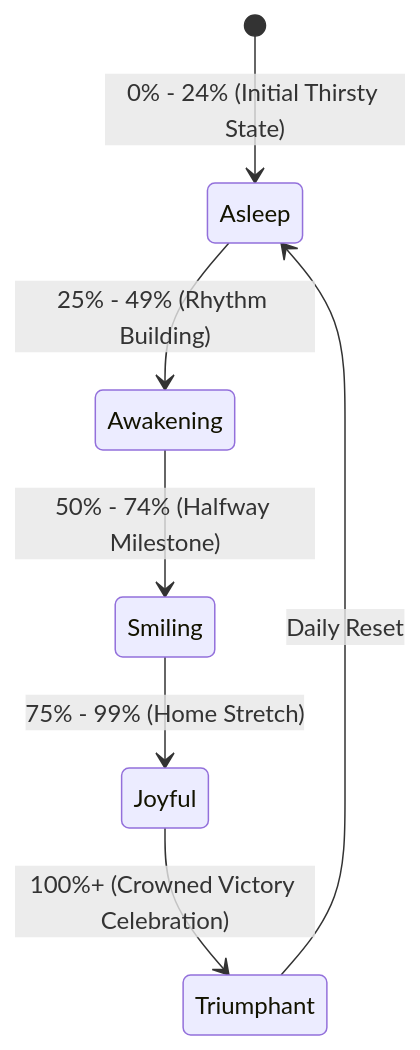
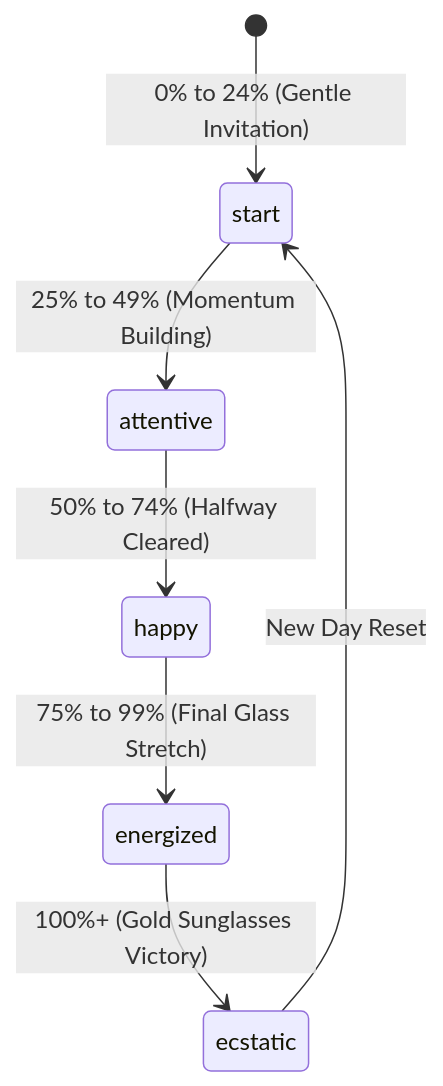
Before and after one commit to parthibcpana/IDAI102-1000544-PARTH-PARVINBHAI-GAJERA: the sixth of 7 diagrams in README.md, drawn with Mermaid. The commit also changed other lines of this file and 11 other files, not shown here.

````diff
--- a/README.md
+++ b/README.md
@@ -250,9 +236,9 @@
 ```mermaid
 stateDiagram-v2
-    [*] --> Asleep: 0% - 24% (Initial Thirsty State)
-    Asleep --> Awakening: 25% - 49% (Rhythm Building)
-    Awakening --> Smiling: 50% - 74% (Halfway Milestone)
-    Smiling --> Joyful: 75% - 99% (Home Stretch)
-    Joyful --> Triumphant: 100%+ (Crowned Victory Celebration)
-    Triumphant --> Asleep: Daily Reset
+    [*] --> start: 0% to 24% (Gentle Invitation)
+    start --> attentive: 25% to 49% (Momentum Building)
+    attentive --> happy: 50% to 74% (Halfway Cleared)
+    happy --> energized: 75% to 99% (Final Glass Stretch)
+    energized --> ecstatic: 100%+ (Gold Sunglasses Victory)
+    ecstatic --> start: New Day Reset
 ```
````
